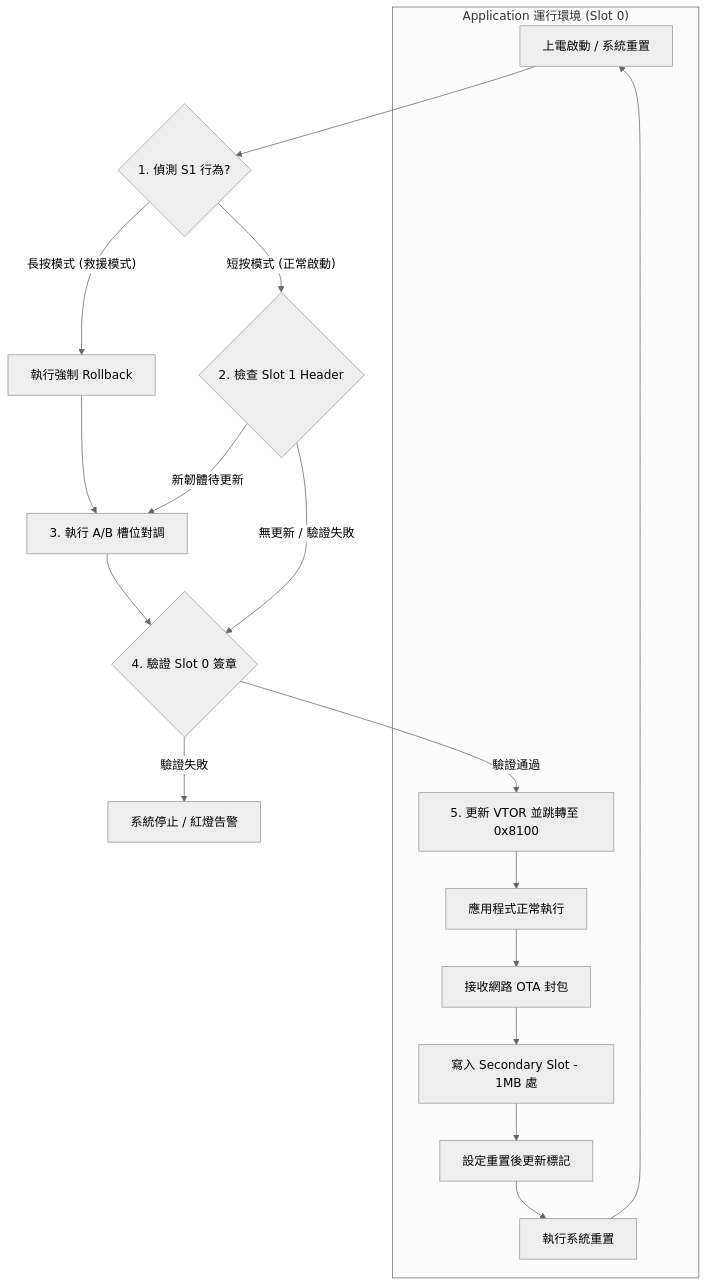
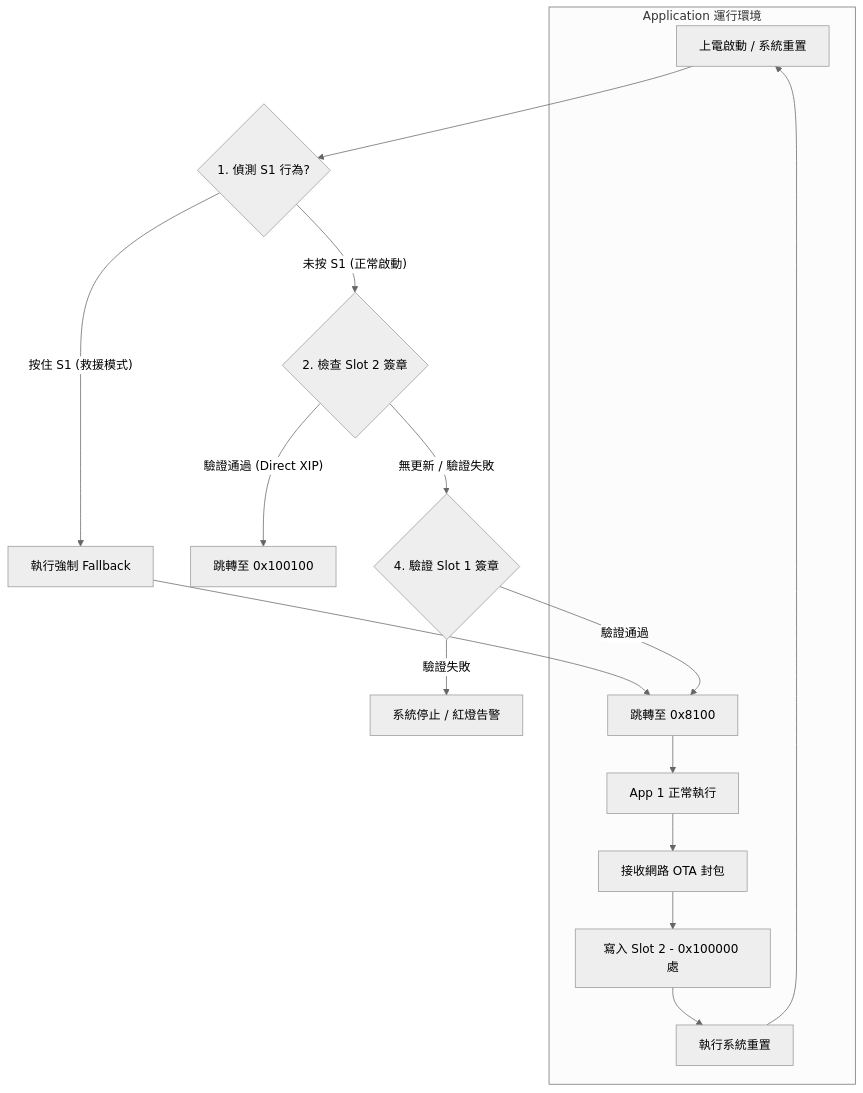
The diagram in README.md (yunghsuan1/OTA), drawn with Mermaid (neutral theme) before and after one commit. The commit also changed other lines of this file and 2 other files, not shown here.

````diff
--- a/README.md
+++ b/README.md
@@ -65,28 +104,25 @@
 ```mermaid
 graph TD
     %% 啟動與判定
     Power[上電啟動 / 系統重置] --> S1{1. 偵測 S1 行為?}
     
     %% S1 救援路徑
-    S1 -- "長按模式 (救援模式)" --> Rescue[執行強制 Rollback]
-    Rescue --> Swap_Op
+    S1 -- "按住 S1 (救援模式)" --> Rescue[執行強制 Fallback]
+    Rescue --> JumpApp1[跳轉至 0x8100]
     
     %% 正常路徑
-    S1 -- "短按模式 (正常啟動)" --> HeaderObj{2. 檢查 Slot 1 Header}
-    HeaderObj -- "新韌體待更新" --> Swap_Op[3. 執行 A/B 槽位對調]
-    HeaderObj -- "無更新 / 驗證失敗" --> Boot0{4. 驗證 Slot 0 簽章}
+    S1 -- "未按 S1 (正常啟動)" --> HeaderObj{2. 檢查 Slot 2 簽章}
+    HeaderObj -- "驗證通過 (Direct XIP)" --> JumpSlot2[跳轉至 0x100100]
+    HeaderObj -- "無更新 / 驗證失敗" --> Boot0{4. 驗證 Slot 1 簽章}
     
-    Swap_Op --> Boot0
-    
-    Boot0 -- "驗證通過" --> Jump[5. 更新 VTOR 並跳轉至 0x8100]
+    Boot0 -- "驗證通過" --> JumpApp1
     Boot0 -- "驗證失敗" --> Halt[系統停止 / 紅燈告警]
 
-    subgraph "Application 運行環境 (Slot 0)"
-    Jump --> Run[應用程式正常執行]
+    subgraph "Application 運行環境"
+    JumpApp1 --> Run[App 1 正常執行]
     Run --> Incoming[接收網路 OTA 封包]
-    Incoming --> FlashWrite[寫入 Secondary Slot - 1MB 處]
-    FlashWrite --> SetPending[設定重置後更新標記]
-    SetPending --> Reboot[執行系統重置]
+    Incoming --> FlashWrite[寫入 Slot 2 - 0x100000 處]
+    FlashWrite --> Reboot[執行系統重置]
     Reboot --> Power
     end
 ```
````
